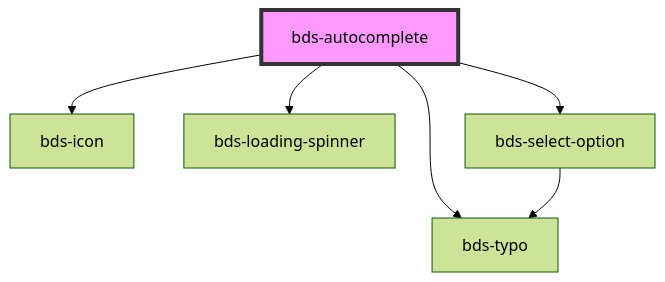
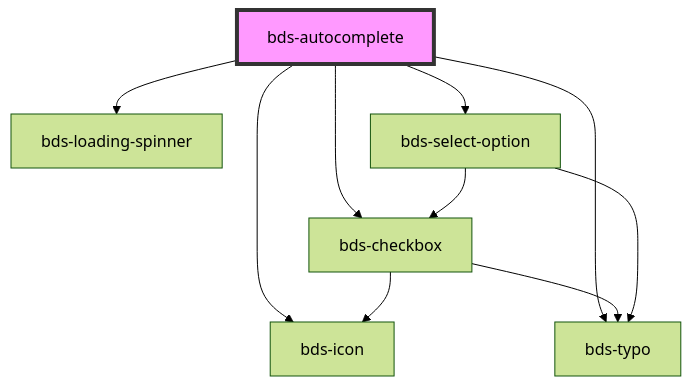
The diagram in src/components/autocomplete/readme.md (takenet/blip-ds), drawn with Mermaid (forest theme) before and after one commit. The commit also changed other lines of this file and 18 other files, not shown here.

````diff
--- a/src/components/autocomplete/readme.md
+++ b/src/components/autocomplete/readme.md
@@ -49,9 +53,13 @@
 ```mermaid
 graph TD;
   bds-autocomplete --> bds-icon
   bds-autocomplete --> bds-typo
   bds-autocomplete --> bds-loading-spinner
+  bds-autocomplete --> bds-checkbox
   bds-autocomplete --> bds-select-option
+  bds-checkbox --> bds-icon
+  bds-checkbox --> bds-typo
   bds-select-option --> bds-typo
+  bds-select-option --> bds-checkbox
   style bds-autocomplete fill:#f9f,stroke:#333,stroke-width:4px
 ```
````
